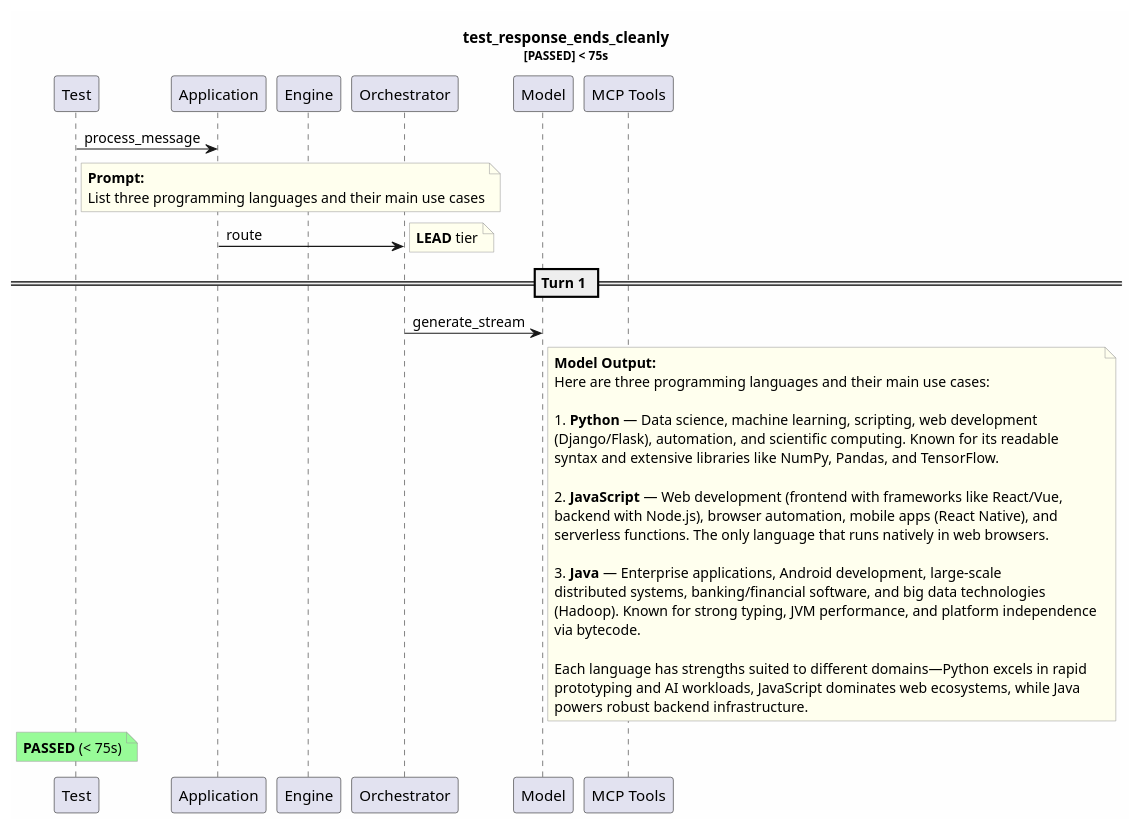
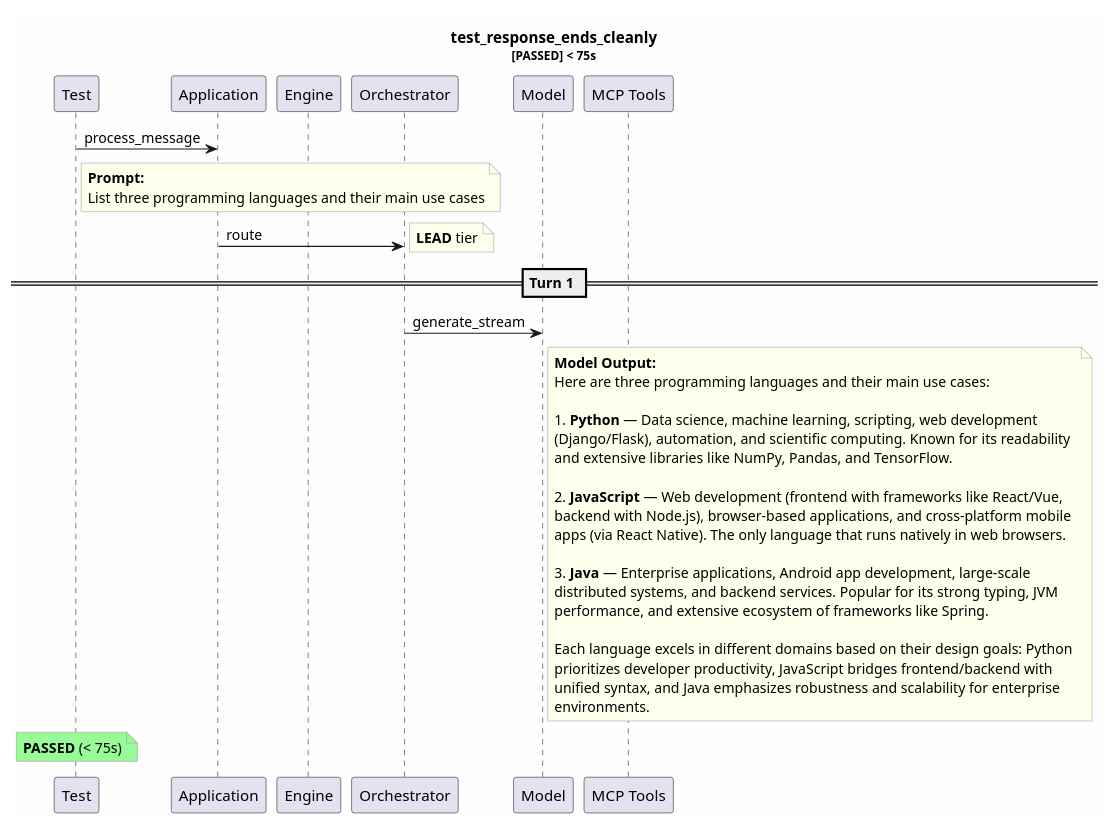
One commit to tvanfossen/entropic changed the diagram in test-reports/logs/test_response_ends_cleanly/test_response_ends_cleanly.puml. Above: the diagram before and after it, drawn with PlantUML. The commit also changed 11 other files, not shown here.

```diff
--- a/test-reports/logs/test_response_ends_cleanly/test_response_ends_cleanly.puml
+++ b/test-reports/logs/test_response_ends_cleanly/test_response_ends_cleanly.puml
@@ -1,48 +1,48 @@
 @startuml
 skinparam backgroundColor #FEFEFE
 skinparam noteBorderColor #999999
 skinparam noteBackgroundColor #FFFFEE
 title test_response_ends_cleanly\n<size:11>[PASSED] < 75s</size>
 
 participant "Test" as T
 participant "Application" as App
 participant "Engine" as Eng
 participant "Orchestrator" as Orch
 participant "Model" as Mdl
 participant "MCP Tools" as MCP
 
 T -> App: process_message
 note right of T
   **Prompt:**
   List three programming languages and their main use cases
 end note
 App -> Orch: route
 note right: **LEAD** tier
 == Turn 1 ==
 Orch -> Mdl: generate_stream
 note right of Mdl
   **Model Output:**
   Here are three programming languages and their main use cases:
   
   1. **Python** — Data science, machine learning, scripting, web development 
-  (Django/Flask), automation, and scientific computing. Known for its readable 
-  syntax and extensive libraries like NumPy, Pandas, and TensorFlow.
+  (Django/Flask), automation, and scientific computing. Known for its readability 
+  and extensive libraries like NumPy, Pandas, and TensorFlow.
   
   2. **JavaScript** — Web development (frontend with frameworks like React/Vue, 
-  backend with Node.js), browser automation, mobile apps (React Native), and 
-  serverless functions. The only language that runs natively in web browsers.
+  backend with Node.js), browser-based applications, and cross-platform mobile 
+  apps (via React Native). The only language that runs natively in web browsers.
   
-  3. **Java** — Enterprise applications, Android development, large-scale 
-  distributed systems, banking/financial software, and big data technologies 
-  (Hadoop). Known for strong typing, JVM performance, and platform independence 
-  via bytecode.
+  3. **Java** — Enterprise applications, Android app development, large-scale 
+  distributed systems, and backend services. Popular for its strong typing, JVM 
+  performance, and extensive ecosystem of frameworks like Spring.
   
-  Each language has strengths suited to different domains—Python excels in rapid 
-  prototyping and AI workloads, JavaScript dominates web ecosystems, while Java 
-  powers robust backend infrastructure.
+  Each language excels in different domains based on their design goals: Python 
+  prioritizes developer productivity, JavaScript bridges frontend/backend with 
+  unified syntax, and Java emphasizes robustness and scalability for enterprise 
+  environments.
 end note
 note over T #palegreen
   **PASSED** (< 75s)
 end note
 
 @enduml
```
